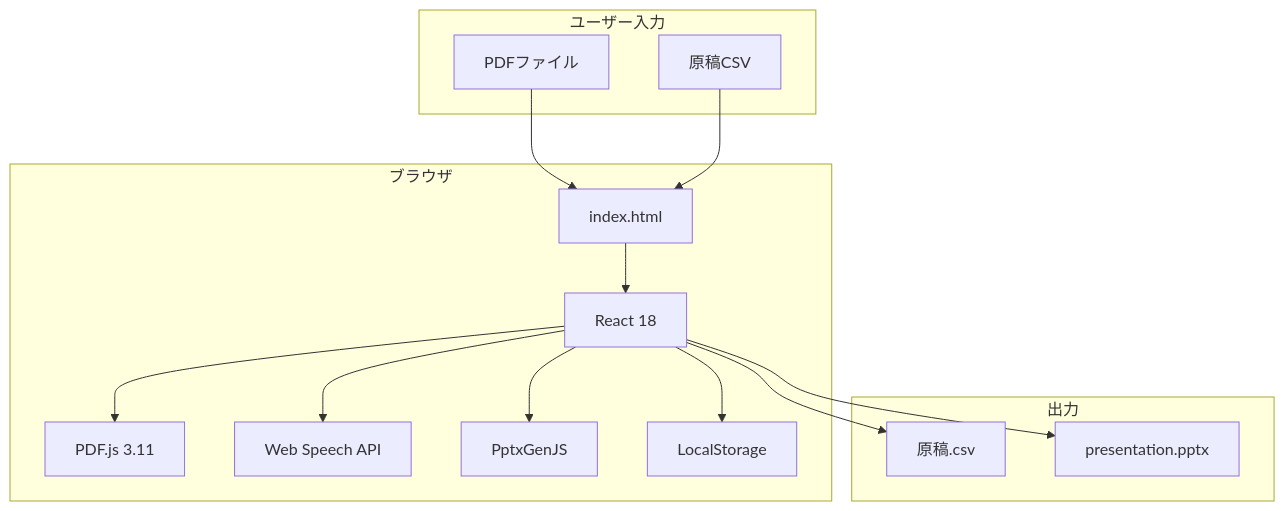
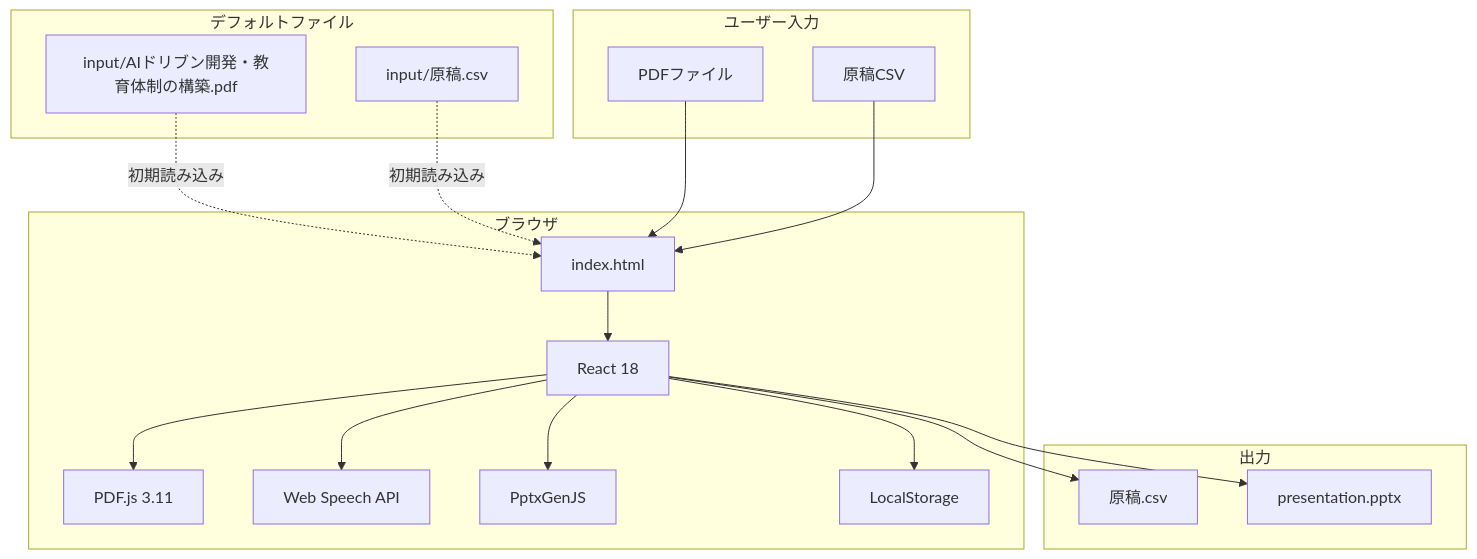
Before and after one commit to J1921604/Slide-Voice-Maker_standalone: the first of 4 diagrams in docs/完全仕様書.md, drawn with Mermaid. The commit also changed other lines of this file and 29 other files, not shown here.

````diff
--- a/docs/完全仕様書.md
+++ b/docs/完全仕様書.md
@@ -95,31 +74,38 @@
 ```mermaid
 flowchart TB
     subgraph ブラウザ
         HTML[index.html]
         REACT[React 18]
         PDFJS[PDF.js 3.11]
         SPEECHAPI[Web Speech API]
         PPTX[PptxGenJS]
         LS[LocalStorage]
     end
 
     subgraph ユーザー入力
         PDF[PDFファイル]
         CSV[原稿CSV]
     end
+    
+    subgraph デフォルトファイル
+        DEFPDF[input/AIドリブン開発・教育体制の構築.pdf]
+        DEFCSV[input/原稿.csv]
+    end
 
     subgraph 出力
         CSVOUT[原稿.csv]
         PPTXOUT[presentation.pptx]
     end
 
+    DEFPDF -.初期読み込み.-> HTML
+    DEFCSV -.初期読み込み.-> HTML
     PDF --> HTML
     CSV --> HTML
     HTML --> REACT
     REACT --> PDFJS
     REACT --> SPEECHAPI
     REACT --> PPTX
     REACT --> LS
     REACT --> CSVOUT
     REACT --> PPTXOUT
 ```
````
